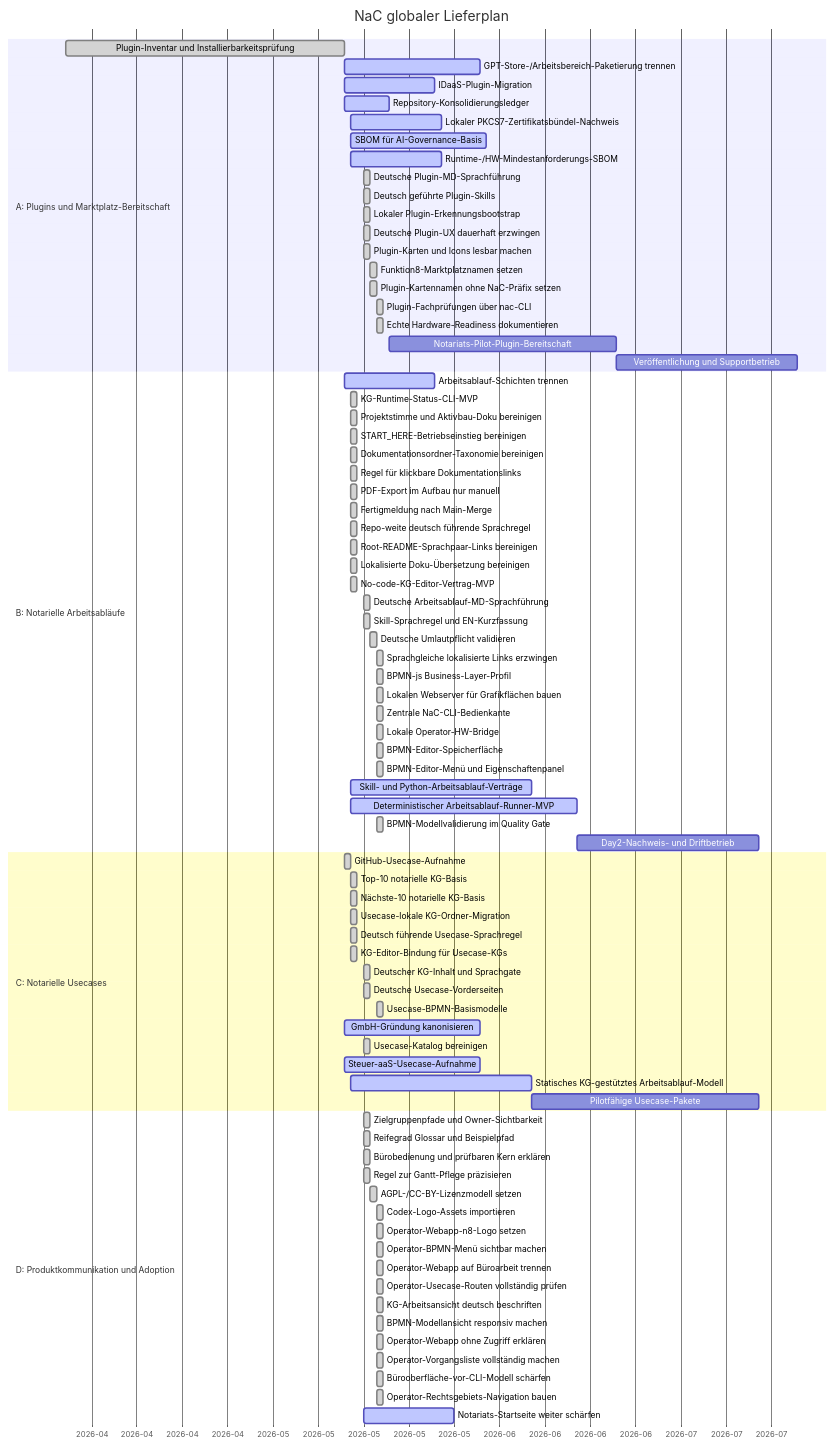
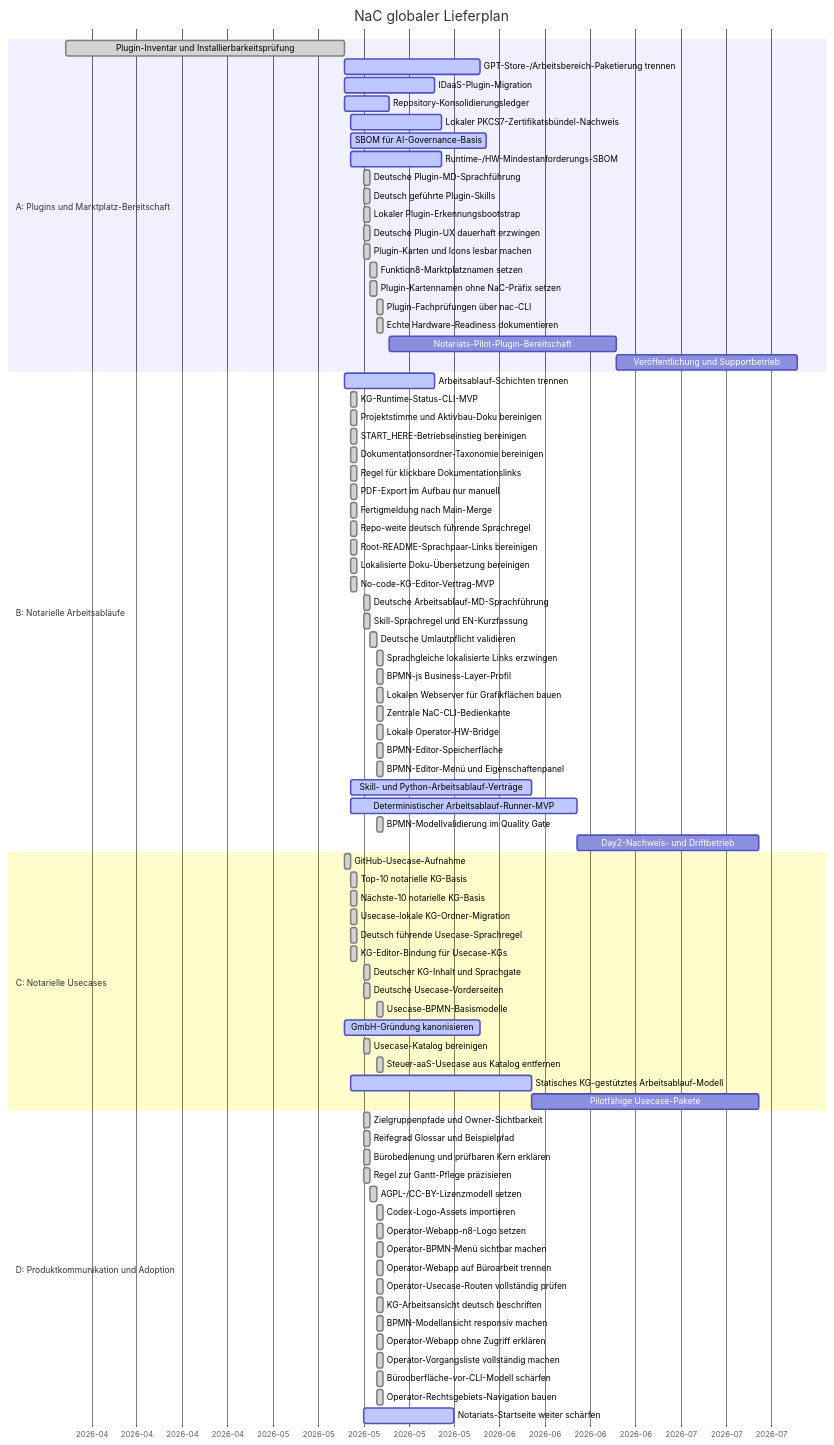
The diagram in roadmap/GANTT.md (notariat8/NaC), drawn with Mermaid before and after one commit. The commit also changed other lines of this file and 15 other files, not shown here.

Commit message:
Remove Steuer-aaS usecase from catalog

```diff
--- a/roadmap/GANTT.md
+++ b/roadmap/GANTT.md
@@ -77,7 +77,7 @@
     Usecase-BPMN-Basismodelle                    :done,    c3f, 2026-05-19, 1d
     GmbH-Gründung kanonisieren                  :active,  c4, 2026-05-14, 21d
     Usecase-Katalog bereinigen                 :done,    c5, 2026-05-17, 1d
-    Steuer-aaS-Usecase-Aufnahme                  :active,  c6, 2026-05-14, 21d
+    Steuer-aaS-Usecase aus Katalog entfernen     :done,    c6, 2026-05-19, 1d
     Statisches KG-gestütztes Arbeitsablauf-Modell :active, c7, 2026-05-15, 28d
     Pilotfähige Usecase-Pakete                  :         c8, after c7, 35d
 
```
